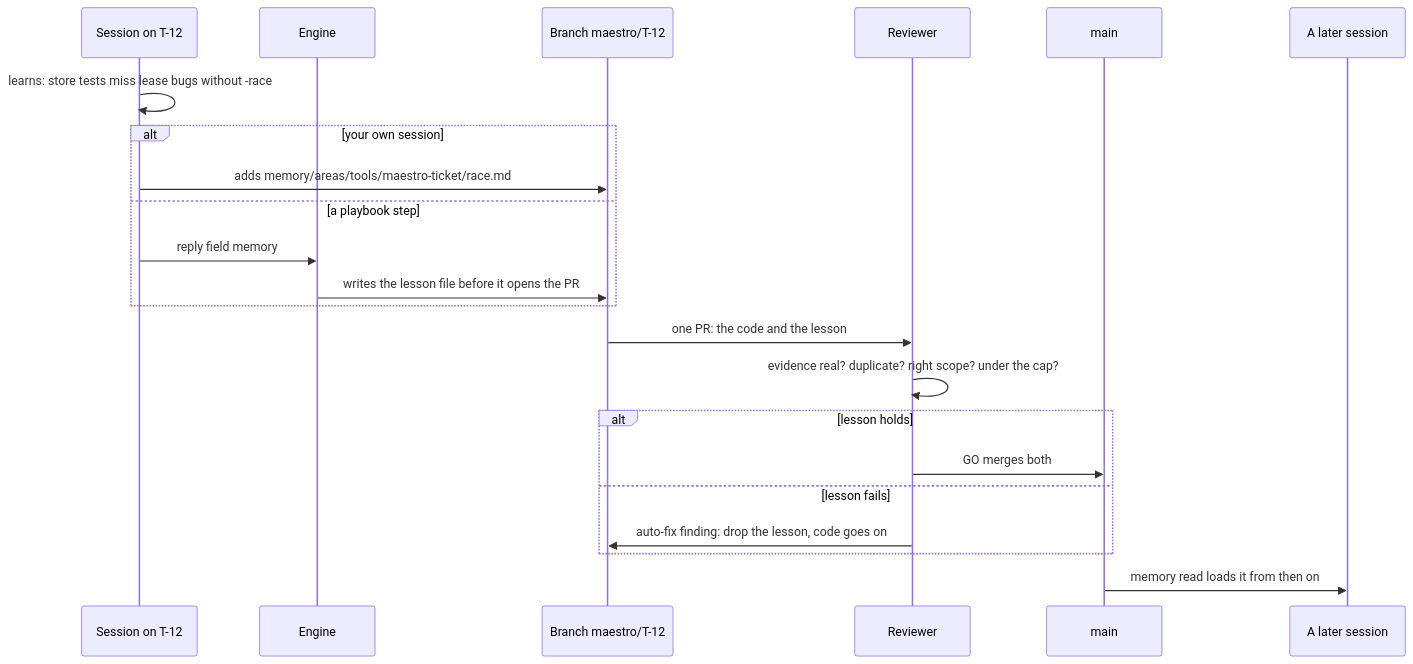
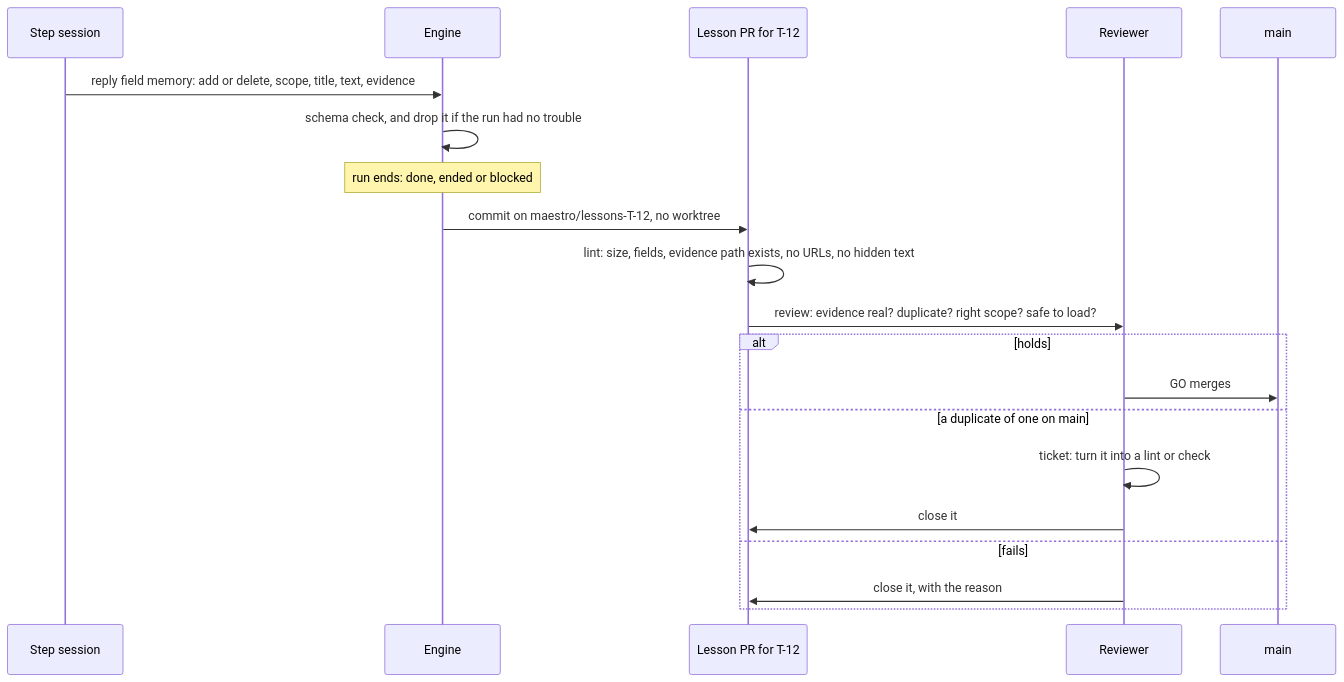
The second of 3 diagrams in docs/design/memory.md (ProlesDei/maestro), drawn with Mermaid before and after one commit. The commit also changed other lines of this file, not shown here.

First line of the commit message:
Rework memory design: trouble-only lessons, one PR per ticket

````diff
--- a/docs/design/memory.md
+++ b/docs/design/memory.md
@@ -53,24 +28,22 @@
 ```mermaid
 sequenceDiagram
-    participant S as Session on T-12
+    participant S as Step session
     participant E as Engine
-    participant B as Branch maestro/T-12
+    participant P as Lesson PR for T-12
     participant R as Reviewer
     participant M as main
-    participant F as A later session
-    S->>S: learns: store tests miss lease bugs without -race
-    alt your own session
-        S->>B: adds memory/areas/tools/maestro-ticket/race.md
-    else a playbook step
-        S->>E: reply field memory
-        E->>B: writes the lesson file before it opens the PR
+    S->>E: reply field memory: add or delete, scope, title, text, evidence
+    E->>E: schema check, and drop it if the run had no trouble
+    Note over E: run ends: done, ended or blocked
+    E->>P: commit on maestro/lessons-T-12, no worktree
+    P->>P: lint: size, fields, evidence path exists, no URLs, no hidden text
+    P->>R: review: evidence real? duplicate? right scope? safe to load?
+    alt holds
+        R->>M: GO merges
+    else a duplicate of one on main
+        R->>R: ticket: turn it into a lint or check
+        R->>P: close it
+    else fails
+        R->>P: close it, with the reason
     end
-    B->>R: one PR: the code and the lesson
-    R->>R: evidence real? duplicate? right scope? under the cap?
-    alt lesson holds
-        R->>M: GO merges both
-    else lesson fails
-        R->>B: auto-fix finding: drop the lesson, code goes on
-    end
-    M->>F: memory read loads it from then on
 ```
````
